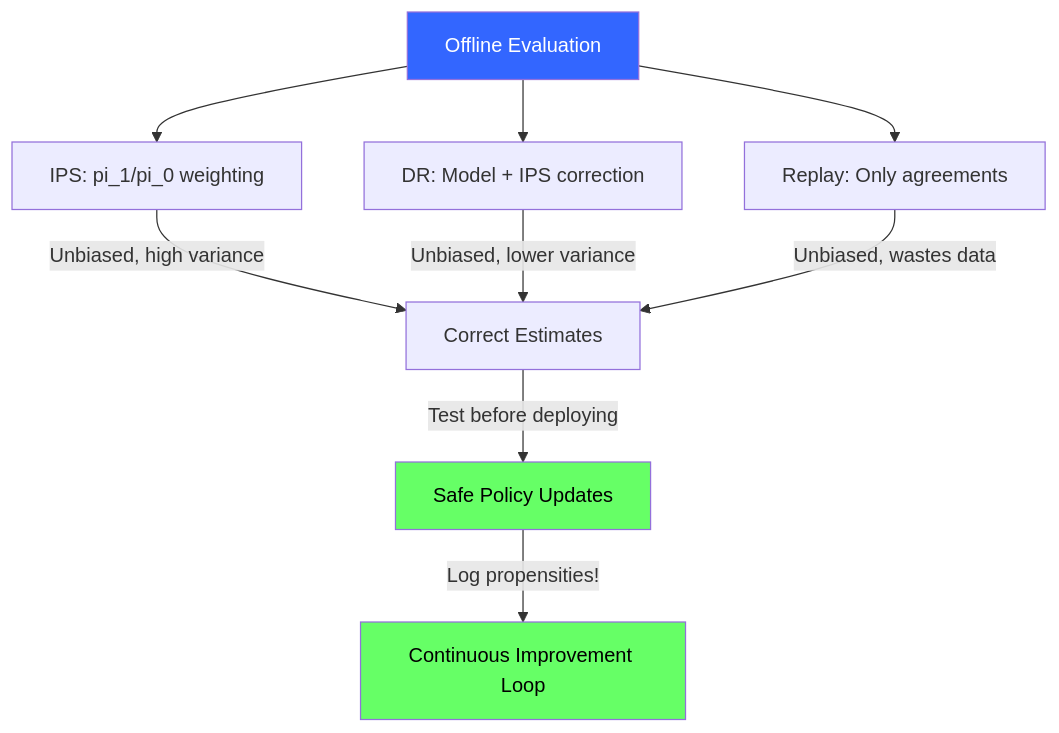
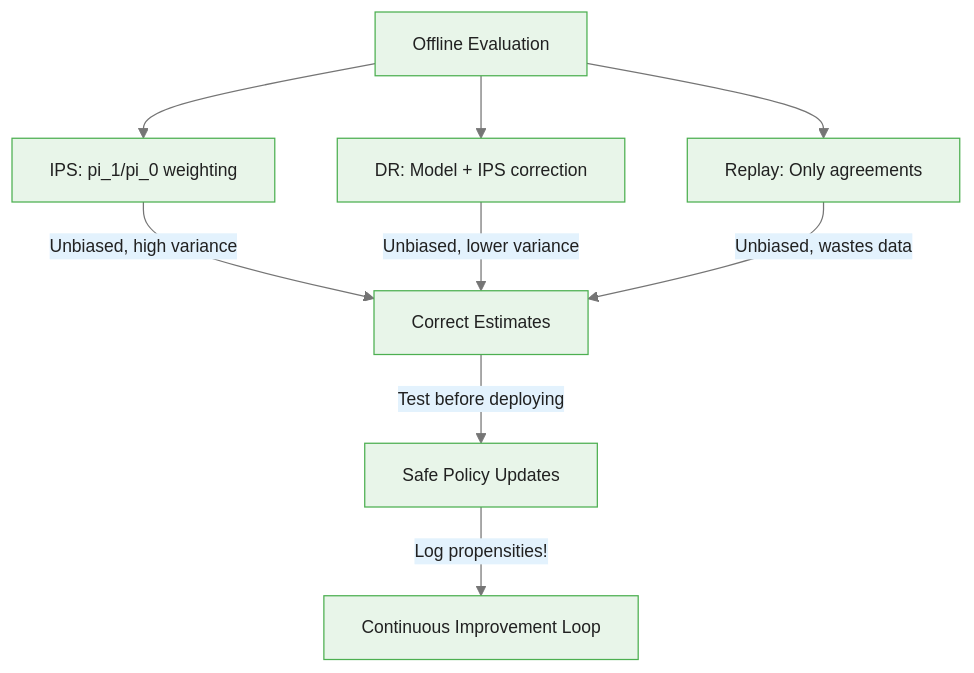
Before and after one commit to m-deane/course-creator: the third of 3 diagrams in courses/multi-armed-bandits-ab-testing/modules/module_07_production_systems/guides/03_offline_evaluation_slides.md, drawn with Mermaid. The commit also changed other lines of this file and 146 other files, not shown here.

````diff
--- a/courses/multi-armed-bandits-ab-testing/modules/module_07_production_systems/guides/03_offline_evaluation_slides.md
+++ b/courses/multi-armed-bandits-ab-testing/modules/module_07_production_systems/guides/03_offline_evaluation_slides.md
@@ -263,17 +300,14 @@
 ```mermaid
+%%{init: {"theme": "base", "themeVariables": {"primaryColor": "#e8f5e9", "primaryBorderColor": "#4caf50", "primaryTextColor": "#212121", "secondaryColor": "#e3f2fd", "tertiaryColor": "#fff8e1", "lineColor": "#757575", "fontFamily": "Inter, sans-serif", "fontSize": "14px"}}}%%
 flowchart TD
     OE["Offline Evaluation"] --> IPS_v["IPS: pi_1/pi_0 weighting"]
     OE --> DR_v["DR: Model + IPS correction"]
     OE --> Rep["Replay: Only agreements"]
 
     IPS_v --> |"Unbiased, high variance"| Correct["Correct Estimates"]
     DR_v --> |"Unbiased, lower variance"| Correct
     Rep --> |"Unbiased, wastes data"| Correct
 
     Correct --> |"Test before deploying"| Safe["Safe Policy Updates"]
     Safe --> |"Log propensities!"| Loop["Continuous Improvement Loop"]
-
-    style OE fill:#36f,color:#fff
-    style Safe fill:#6f6,color:#000
-    style Loop fill:#6f6,color:#000
 ```
````
